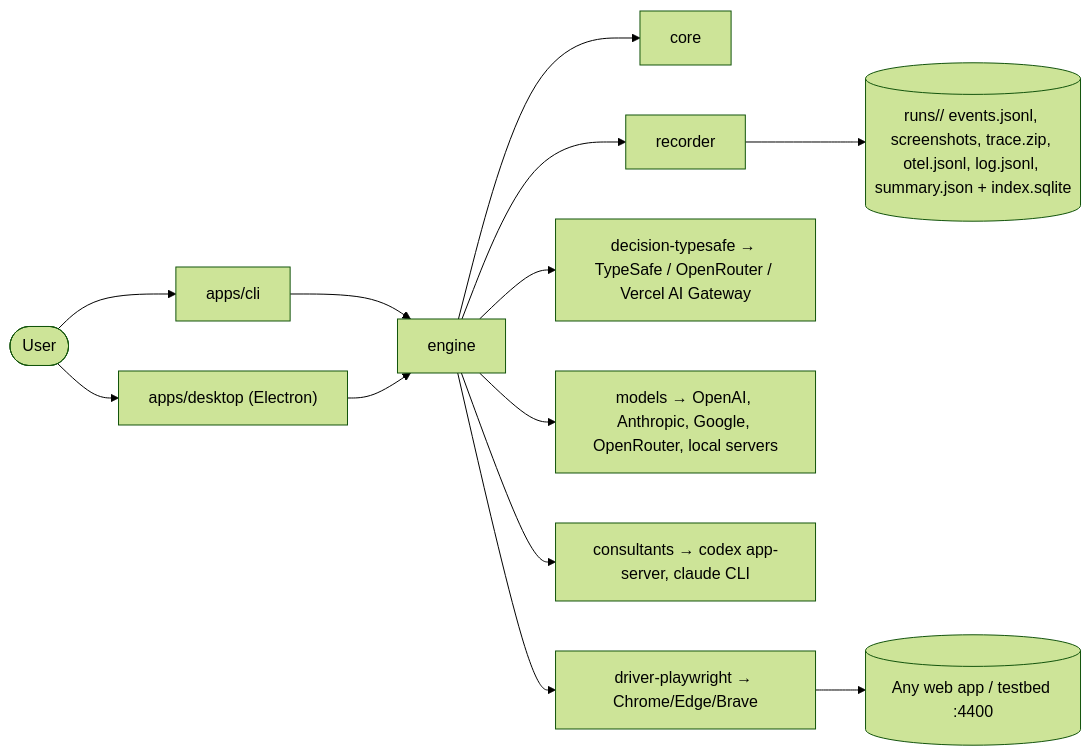
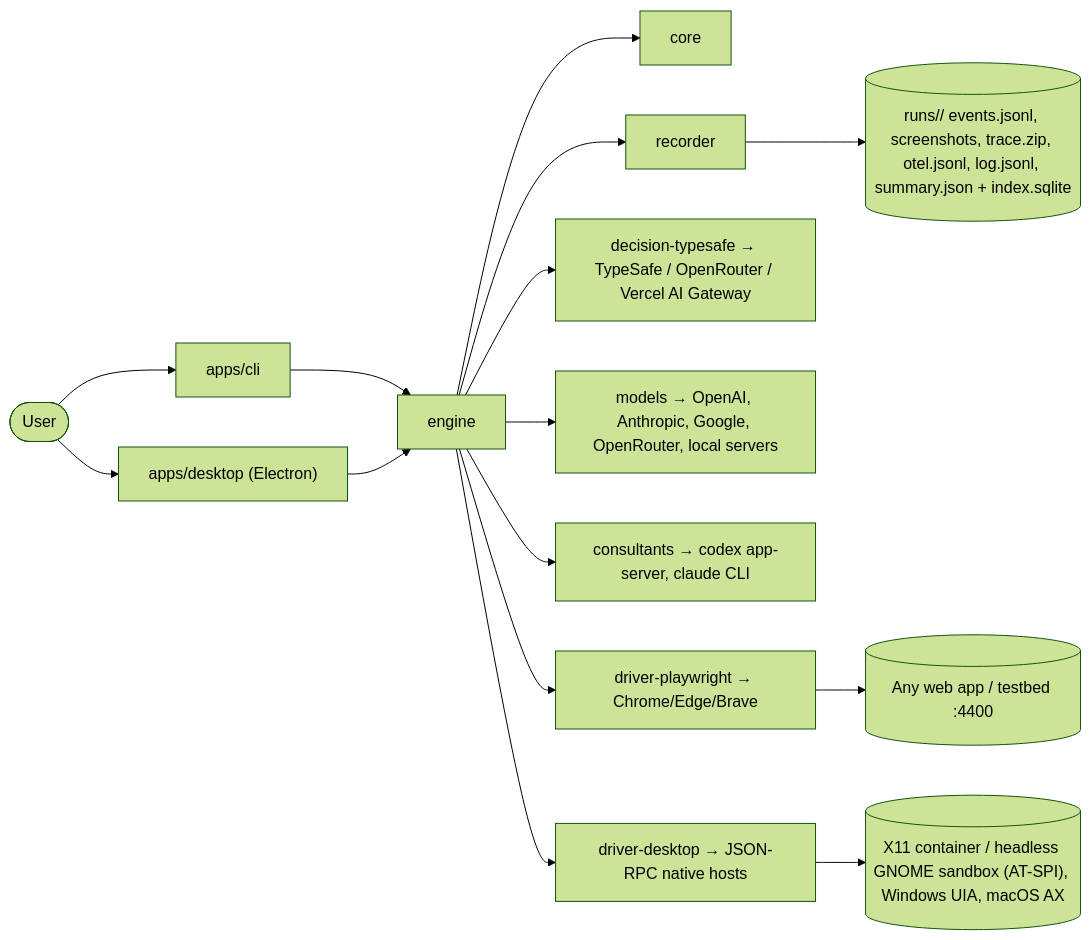
Before and after one commit to ramifara/ghosthand: the first of 6 diagrams in docs/architecture.md, drawn with Mermaid (forest theme). The commit also changed other lines of this file and 3 other files, not shown here.

Commit message:
docs: Phase 7 report, desktop drivers in architecture and third-party notices

````diff
--- a/docs/architecture.md
+++ b/docs/architecture.md
@@ -9,15 +9,17 @@
 ```mermaid
 flowchart LR
   user([User]) --> cli[apps/cli]
   user --> desktop["apps/desktop (Electron)"]
   cli --> engine
   desktop --> engine
   engine --> core
   engine --> recorder
   engine --> decision["decision-typesafe → TypeSafe / OpenRouter / Vercel AI Gateway"]
   engine --> models["models → OpenAI, Anthropic, Google, OpenRouter, local servers"]
   engine --> consultants["consultants → codex app-server, claude CLI"]
   engine --> driver["driver-playwright → Chrome/Edge/Brave"]
   driver --> site[(Any web app / testbed :4400)]
+  engine --> ddesk["driver-desktop → JSON-RPC native hosts"]
+  ddesk --> hosts[("X11 container / headless GNOME sandbox (AT-SPI), Windows UIA, macOS AX")]
   recorder --> runs[("runs/<id>/ events.jsonl, screenshots, trace.zip, otel.jsonl, log.jsonl, summary.json + index.sqlite")]
 ```
````
